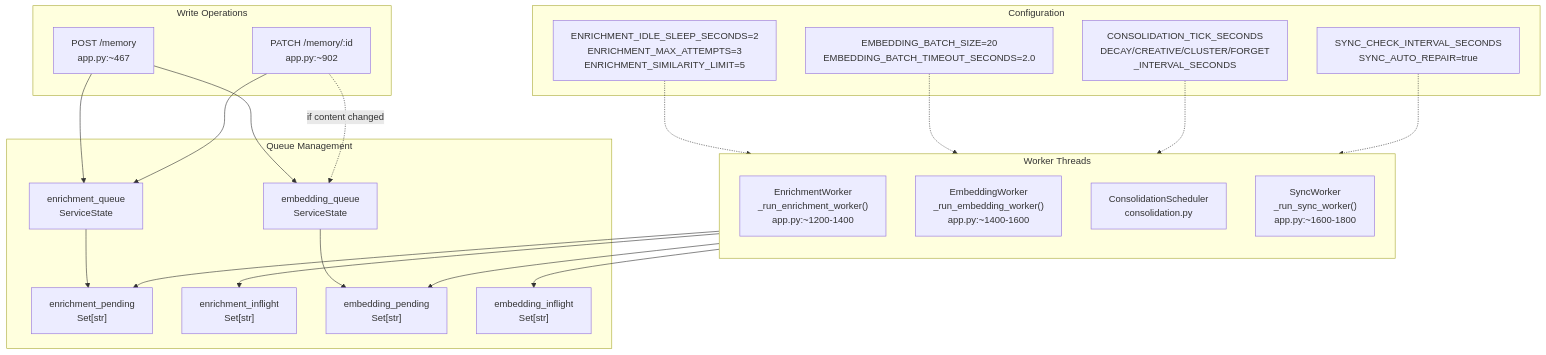
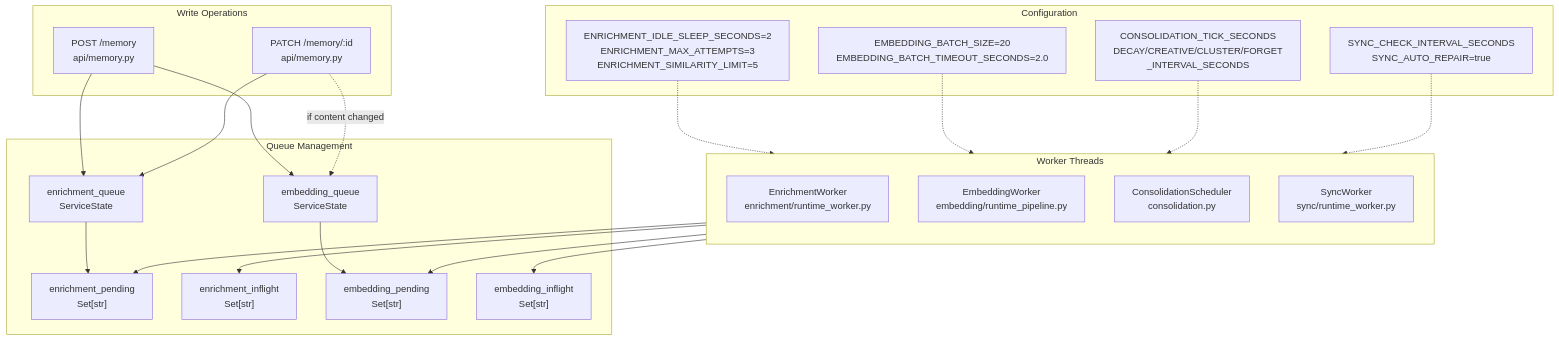
Before and after one commit to verygoodplugins/automem-website: the first of 2 diagrams in src/content/docs/docs/architecture/background-processing.md, drawn with Mermaid. The commit also changed 15 other files, not shown here.

````diff
--- a/src/content/docs/docs/architecture/background-processing.md
+++ b/src/content/docs/docs/architecture/background-processing.md
@@ -44,51 +44,51 @@
 ```mermaid
 graph TB
     subgraph write_ops["Write Operations"]
-        PostMem["POST /memory<br/>app.py:~467"]
-        PatchMem["PATCH /memory/:id<br/>app.py:~902"]
+        PostMem["POST /memory<br/>api/memory.py"]
+        PatchMem["PATCH /memory/:id<br/>api/memory.py"]
     end
 
     subgraph queues["Queue Management"]
         EnrichQueue["enrichment_queue<br/>ServiceState"]
         EmbedQueue["embedding_queue<br/>ServiceState"]
 
         EnrichPending["enrichment_pending<br/>Set[str]"]
         EnrichInflight["enrichment_inflight<br/>Set[str]"]
         EmbedPending["embedding_pending<br/>Set[str]"]
         EmbedInflight["embedding_inflight<br/>Set[str]"]
     end
 
     subgraph workers["Worker Threads"]
         direction TB
 
-        EnrichWorker["EnrichmentWorker<br/>_run_enrichment_worker()<br/>app.py:~1200-1400"]
-        EmbedWorker["EmbeddingWorker<br/>_run_embedding_worker()<br/>app.py:~1400-1600"]
+        EnrichWorker["EnrichmentWorker<br/>enrichment/runtime_worker.py"]
+        EmbedWorker["EmbeddingWorker<br/>embedding/runtime_pipeline.py"]
         ConsolWorker["ConsolidationScheduler<br/>consolidation.py"]
-        SyncWorker["SyncWorker<br/>_run_sync_worker()<br/>app.py:~1600-1800"]
+        SyncWorker["SyncWorker<br/>sync/runtime_worker.py"]
     end
 
     subgraph config["Configuration"]
         EnrichConfig["ENRICHMENT_IDLE_SLEEP_SECONDS=2<br/>ENRICHMENT_MAX_ATTEMPTS=3<br/>ENRICHMENT_SIMILARITY_LIMIT=5"]
         EmbedConfig["EMBEDDING_BATCH_SIZE=20<br/>EMBEDDING_BATCH_TIMEOUT_SECONDS=2.0"]
         ConsolConfig["CONSOLIDATION_TICK_SECONDS<br/>DECAY/CREATIVE/CLUSTER/FORGET<br/>_INTERVAL_SECONDS"]
         SyncConfig["SYNC_CHECK_INTERVAL_SECONDS<br/>SYNC_AUTO_REPAIR=true"]
     end
 
     PostMem --> EnrichQueue
     PostMem --> EmbedQueue
     PatchMem --> EnrichQueue
     PatchMem -.->|"if content changed"| EmbedQueue
 
     EnrichQueue --> EnrichPending
     EmbedQueue --> EmbedPending
 
     EnrichWorker --> EnrichInflight
     EnrichWorker --> EnrichPending
     EmbedWorker --> EmbedInflight
     EmbedWorker --> EmbedPending
 
     EnrichConfig -.-> EnrichWorker
     EmbedConfig -.-> EmbedWorker
     ConsolConfig -.-> ConsolWorker
     SyncConfig -.-> SyncWorker
 ```
````
